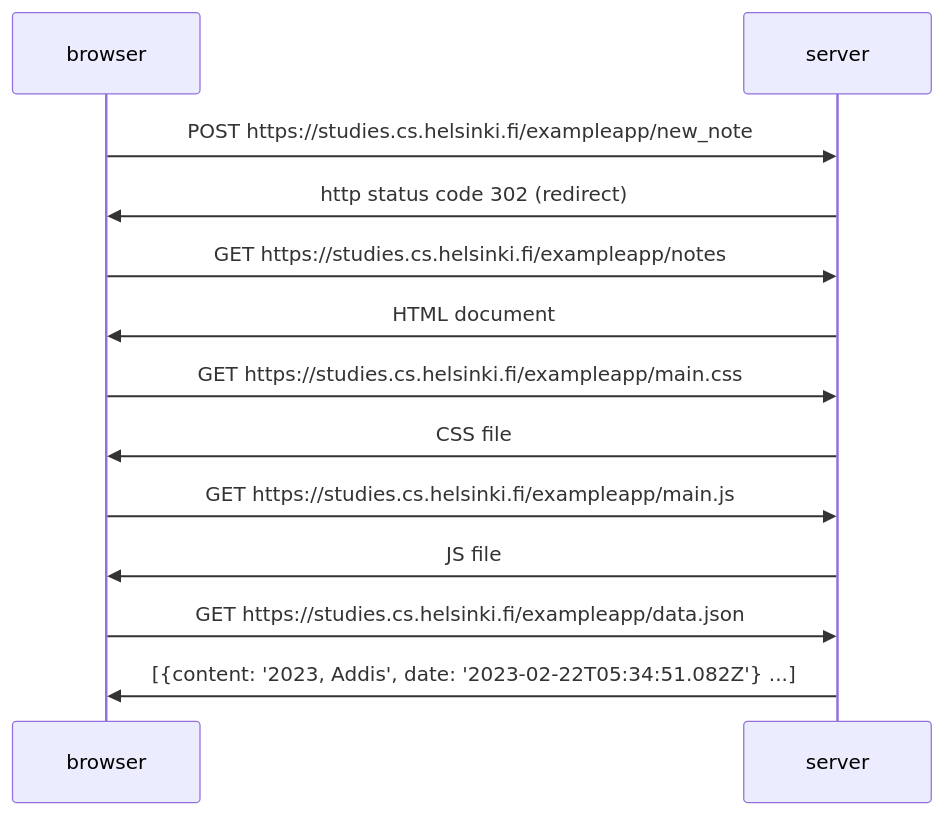
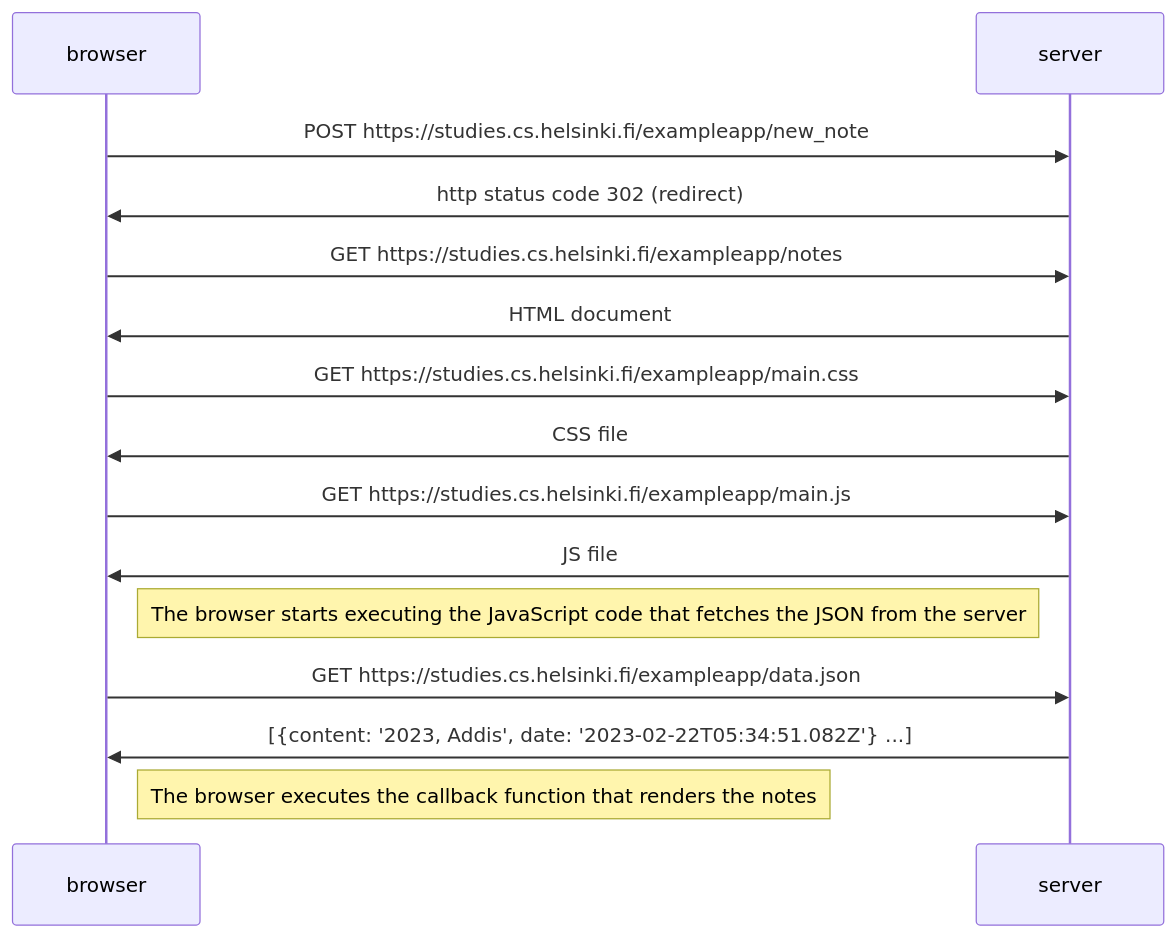
Before and after one commit to HatofulGirlfriend/fullstackopen-exercises: the diagram in part0/exercise-0-4.md, drawn with Mermaid.

````diff
--- a/part0/exercise-0-4.md
+++ b/part0/exercise-0-4.md
@@ -1,13 +1,15 @@
 ```mermaid
 sequenceDiagram
 browser->>server: POST https://studies.cs.helsinki.fi/exampleapp/new_note
 server->>browser: http status code 302 (redirect)
 browser->>server: GET https://studies.cs.helsinki.fi/exampleapp/notes
 server->>browser: HTML document
 browser->>server: GET https://studies.cs.helsinki.fi/exampleapp/main.css
 server->>browser: CSS file
 browser->>server: GET https://studies.cs.helsinki.fi/exampleapp/main.js
 server->>browser: JS file
+Note right of browser: The browser starts executing the JavaScript code that fetches the JSON from the server
 browser->>server: GET https://studies.cs.helsinki.fi/exampleapp/data.json
 server->>browser: [{content: '2023, Addis', date: '2023-02-22T05:34:51.082Z'} ...]
+Note right of browser: The browser executes the callback function that renders the notes 
 ```
````
